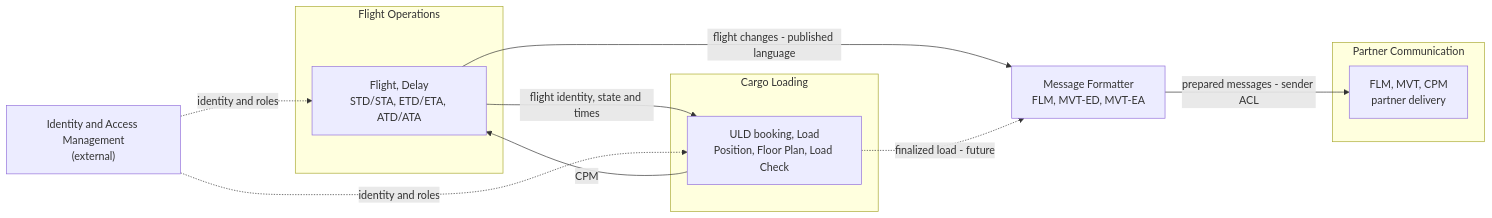
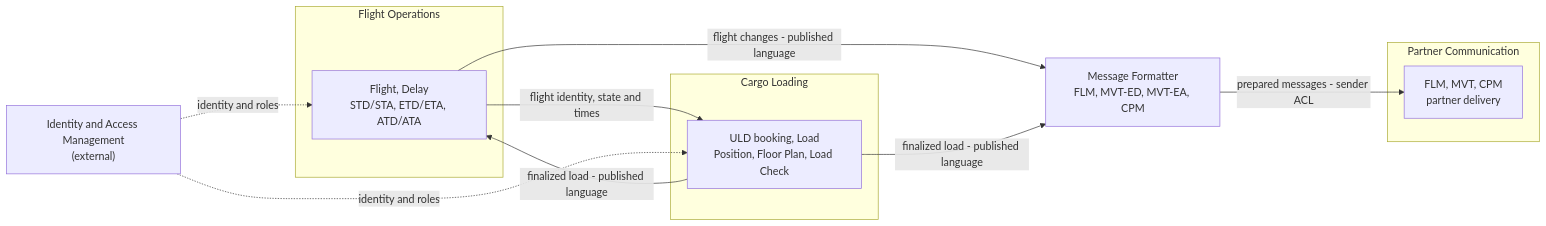
The first of 9 diagrams in architecture/analyse.md (ebhd/air-freight-operations), drawn with Mermaid before and after one commit. The commit also changed other lines of this file and 2 other files, not shown here.

Commit message:
Document load checks, finalizing and the CPM flow (#26, #27, #32)

````diff
--- a/architecture/analyse.md
+++ b/architecture/analyse.md
@@ -18,22 +18,22 @@
 ```mermaid
 flowchart LR
     subgraph FO["Flight Operations"]
         F["Flight, Delay<br/>STD/STA, ETD/ETA, ATD/ATA"]
     end
     subgraph CL["Cargo Loading"]
         C["ULD booking, Load<br/>Position, Floor Plan, Load Check"]
     end
     subgraph PC["Partner Communication"]
         M["FLM, MVT, CPM<br/>partner delivery"]
     end
     IAM["Identity and Access Management<br/>(external)"]
 
     F -->|flight identity, state and times| C
-    MF["Message Formatter<br/>FLM, MVT-ED, MVT-EA"]
+    MF["Message Formatter<br/>FLM, MVT-ED, MVT-EA, CPM"]
     F -->|flight changes - published language| MF
     MF -->|prepared messages - sender ACL| M
-    C -->|CPM| F
-    C -.->|finalized load - future| MF
+    C -->|finalized load - published language| F
+    C -->|finalized load - published language| MF
     IAM -.->|identity and roles| F
     IAM -.->|identity and roles| C
 ```
````
